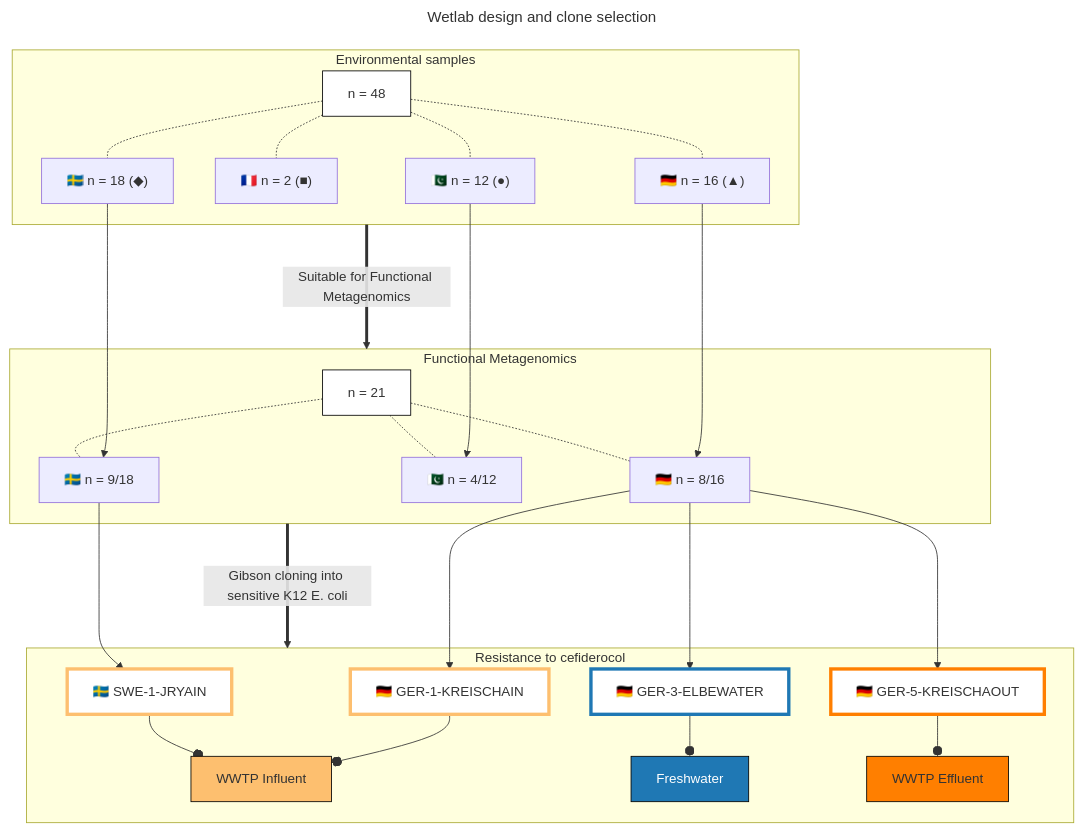
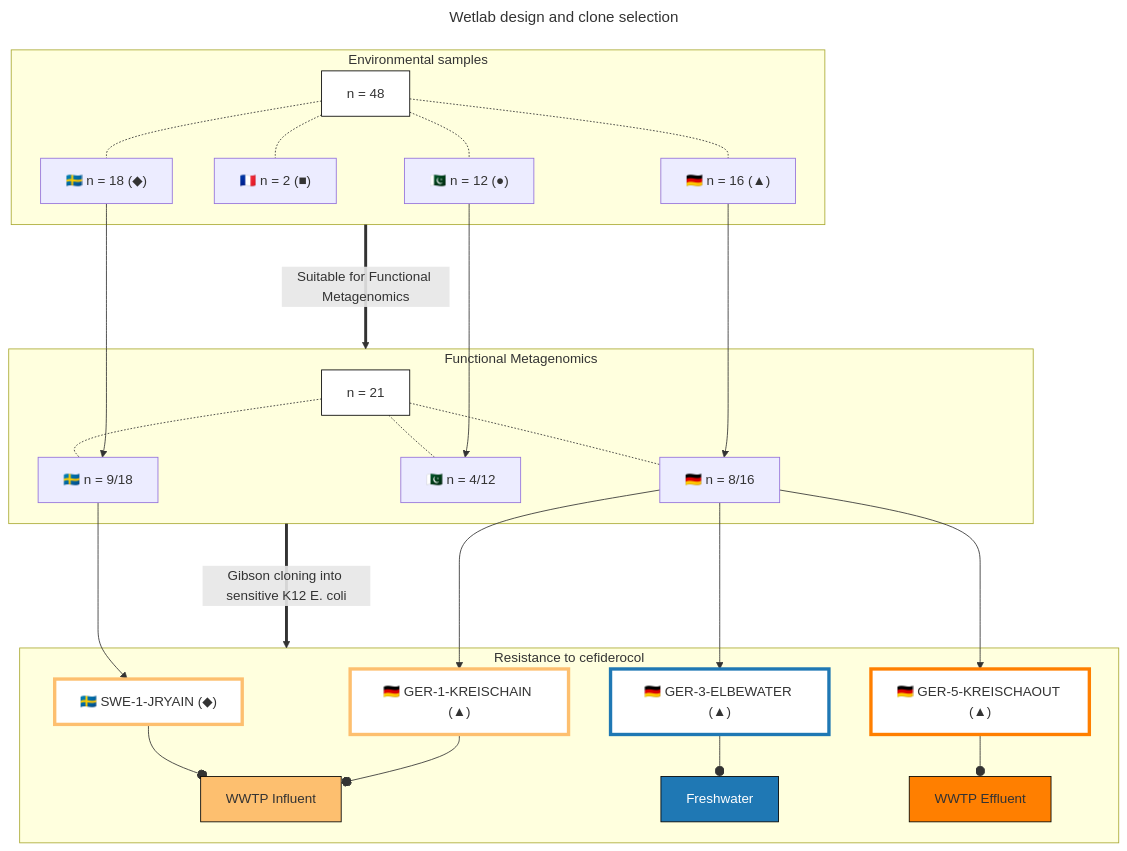
One commit to RemiGSC/Mgf_FDC changed the first of 2 diagrams in README.md. Above: the diagram before and after it, drawn with Mermaid.

````diff
--- a/README.md
+++ b/README.md
@@ -9,54 +9,54 @@
 ```mermaid
 ---
 title: Wetlab design and clone selection
 ---
 flowchart TD
 	subgraph ev [Environmental samples]
 		A[n = 48] -.- A1["🇸🇪 n = 18 (◆)"]
 		A -.- A2["🇫🇷 n = 2 (■)"]
 		A -.- A3["🇩🇪 n = 16 (▲)"]
 		A -.- A4["🇵🇰 n = 12 (●)"]
 	end
 
 	subgraph fmg [Functional Metagenomics]
 		B[n = 21] -.- B1[🇸🇪 n = 9/18]
 		B -.- B3[🇩🇪 n = 8/16]
 		B -.- B4[🇵🇰 n = 4/12]
 	end
 
 	subgraph Rcef [Resistance to cefiderocol]
-			C1[🇸🇪 SWE-1-JRYAIN] --o WWIN[WWTP Influent]
-			C3a[🇩🇪 GER-1-KREISCHAIN] --o WWIN[WWTP Influent]
-			C3b[🇩🇪 GER-3-ELBEWATER] --o Fresh[Freshwater]
-			C3c[🇩🇪 GER-5-KREISCHAOUT] --o WWEF[WWTP Effluent]
+			C1["🇸🇪 SWE-1-JRYAIN (◆)"] --o WWIN[WWTP Influent]
+			C3a["🇩🇪 GER-1-KREISCHAIN (▲)"] --o WWIN[WWTP Influent]
+			C3b["🇩🇪 GER-3-ELBEWATER (▲)"] --o Fresh[Freshwater]
+			C3c["🇩🇪 GER-5-KREISCHAOUT (▲)"] --o WWEF[WWTP Effluent]
 	end
 
 
 ev ==>|Suitable for Functional Metagenomics| fmg
 
 fmg ==>|Gibson cloning into sensitive K12 E. coli| Rcef
 
 A1 ----> B1
 A3 ----> B3
 A4 ----> B4
 
 B1 ---> C1
 B3 ---> C3a
 B3 ---> C3b
 B3 ---> C3c
 
 style A stroke:#000,fill:#fff
 style B stroke:#000,fill:#fff
 
 style C1 stroke:#fdbf6f,fill:#fff,stroke-width:4px
 style C3a stroke:#fdbf6f,fill:#fff,stroke-width:4px
 style C3b stroke:#1f78b4,fill:#fff,stroke-width:4px
 style C3c stroke:#ff7f00,fill:#fff,stroke-width:4px
 
 
 style WWIN stroke:#000,fill:#fdbf6f
 style Fresh stroke:#000,fill:#1f78b4,color:#fff
 style WWEF stroke:#000,fill:#ff7f00
 
 
 ```
````
